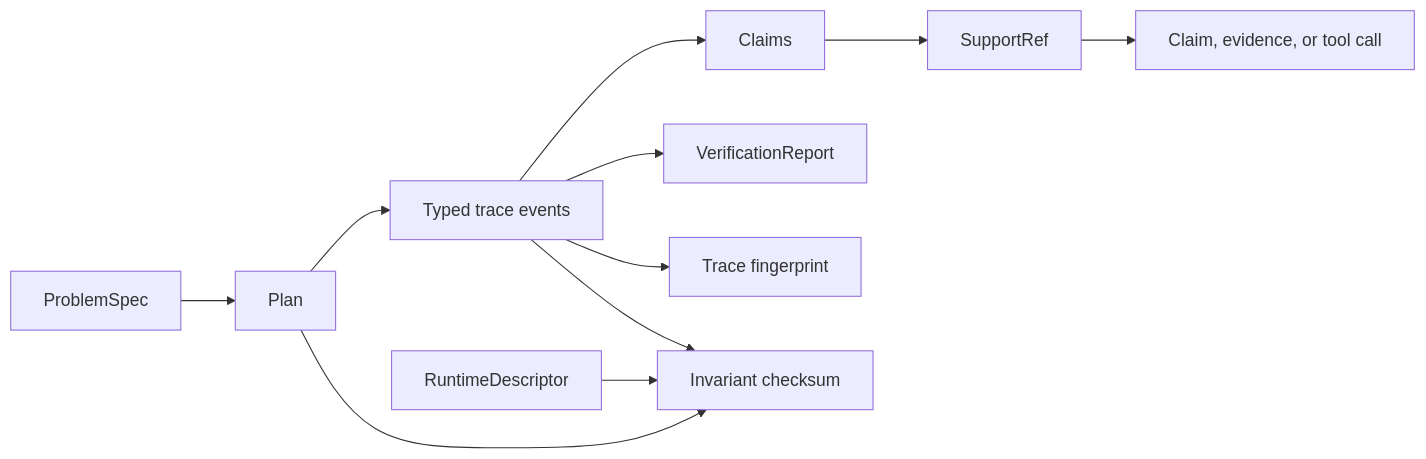
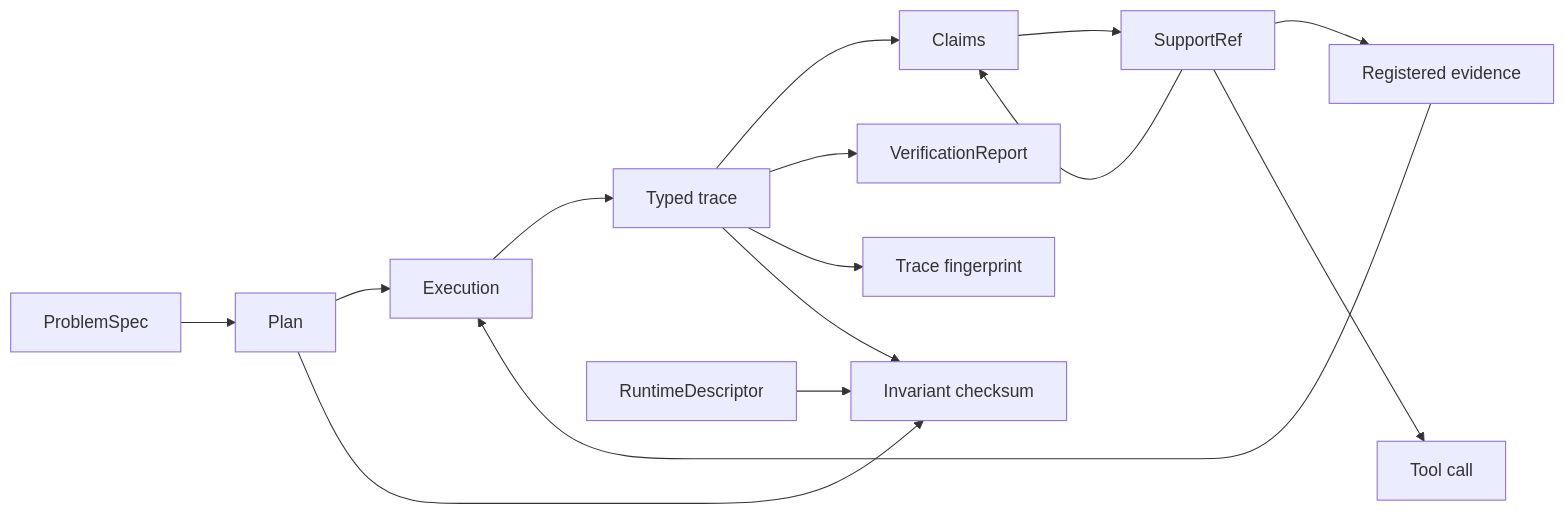
One commit to bijux/bijux-canon changed the diagram in docs/04-bijux-canon-reason/foundation/domain-language.md. Above: the diagram before and after it, drawn with Mermaid. The commit also changed other lines of this file and 2 other files, not shown here.

Commit message:
docs(reason): define evidence ownership invariants

````diff
--- a/docs/04-bijux-canon-reason/foundation/domain-language.md
+++ b/docs/04-bijux-canon-reason/foundation/domain-language.md
@@ -17,13 +17,17 @@
 ```mermaid
 flowchart LR
     S[ProblemSpec] --> P[Plan]
-    P --> E[Typed trace events]
-    E --> C[Claims]
-    E --> V[VerificationReport]
+    P --> X[Execution]
+    E[Registered evidence] --> X
+    X --> T[Typed trace]
+    T --> C[Claims]
     C --> R[SupportRef]
-    R --> Q[Claim, evidence, or tool call]
-    E --> F[Trace fingerprint]
+    R --> E
+    R --> C
+    R --> U[Tool call]
+    T --> V[VerificationReport]
+    T --> F[Trace fingerprint]
     P --> I[Invariant checksum]
-    E --> I
+    T --> I
     D[RuntimeDescriptor] --> I
 ```
````
